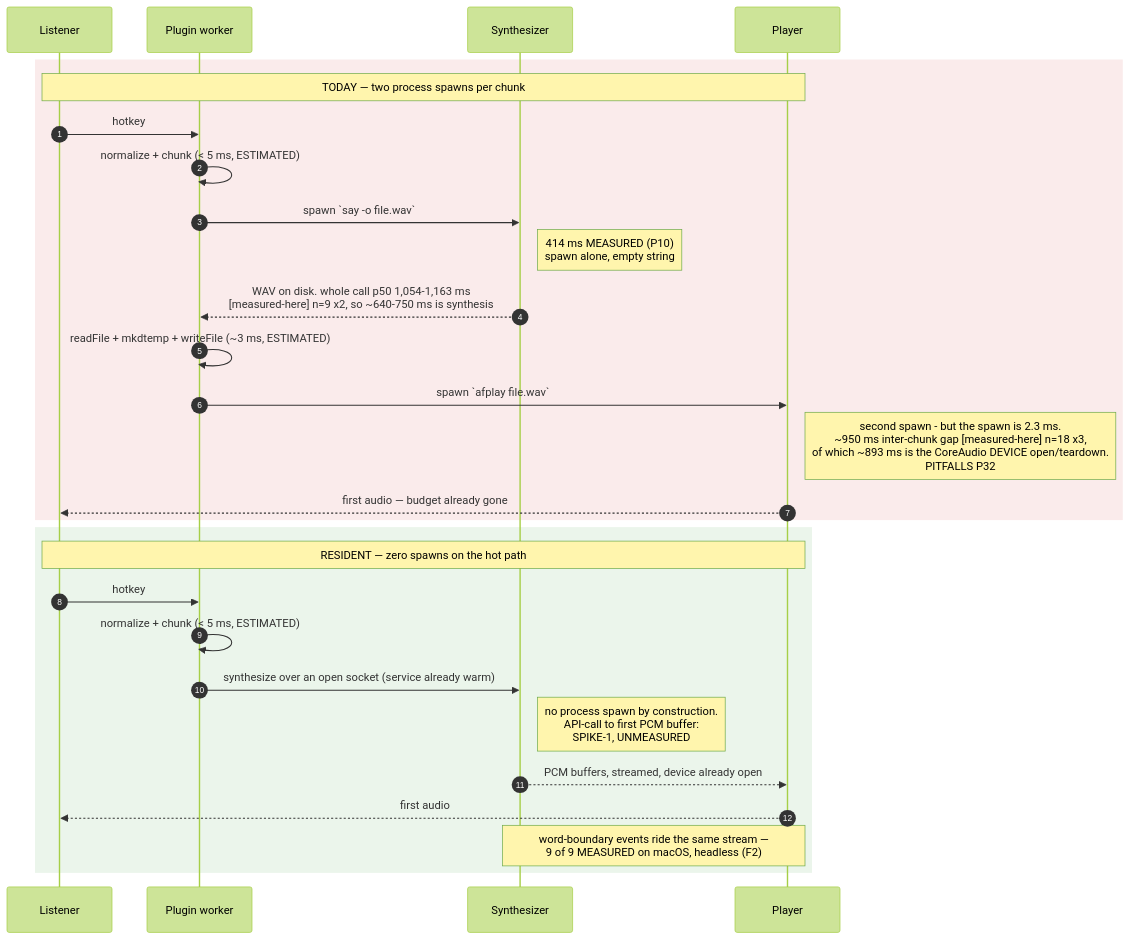
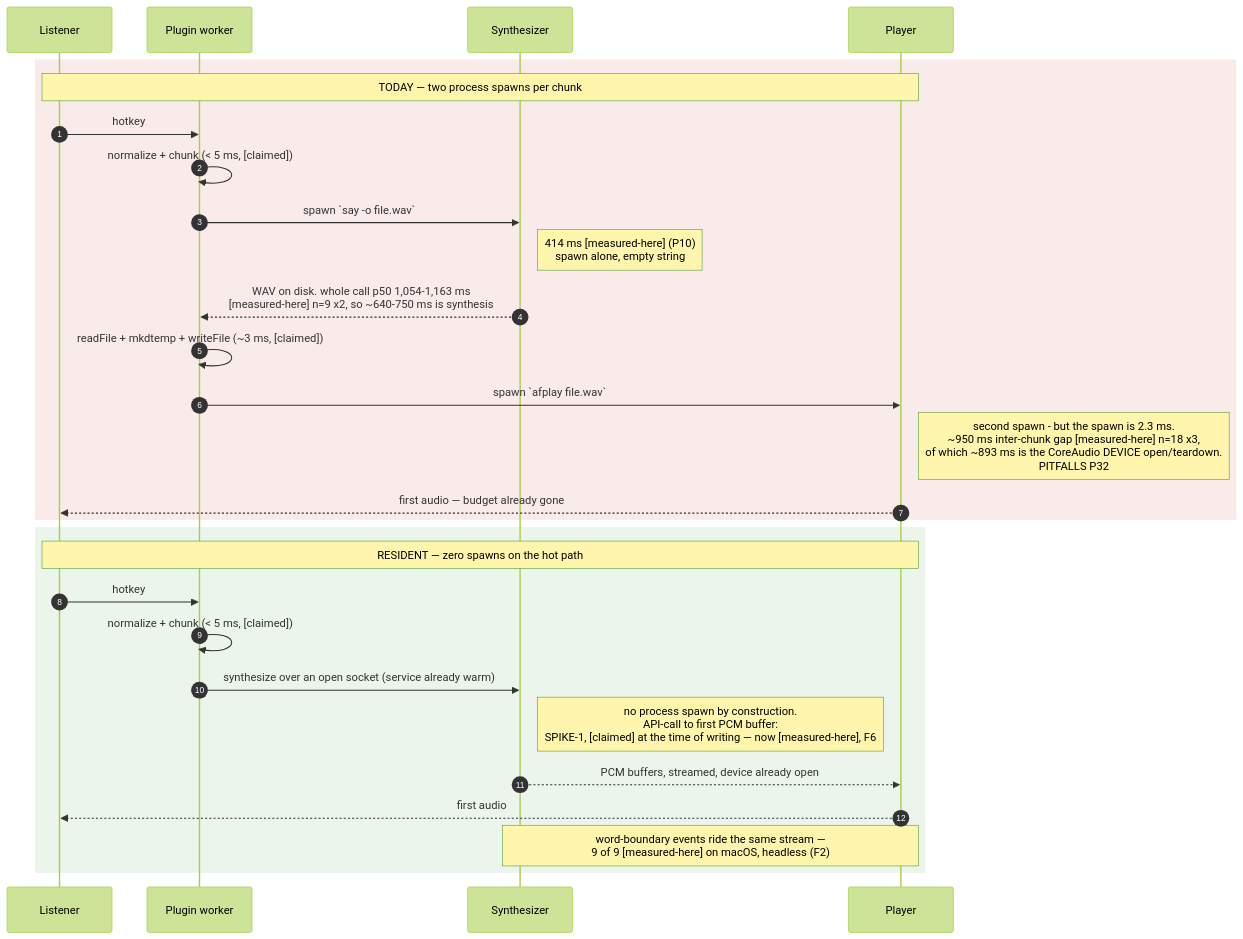
The second of 2 diagrams in docs/design/010-provider-seam-and-resident-service.md (YoraiLevi/2026-08-orca-plugin-tts-archived), drawn with Mermaid (forest theme) before and after one commit. The commit also changed other lines of this file and 4 other files, not shown here.

````diff
--- a/docs/design/010-provider-seam-and-resident-service.md
+++ b/docs/design/010-provider-seam-and-resident-service.md
@@ -746,32 +769,32 @@
 ```mermaid
 sequenceDiagram
     autonumber
     participant U as Listener
     participant W as Plugin worker
     participant S as Synthesizer
     participant P as Player
 
     rect rgb(250, 235, 235)
     note over U,P: TODAY — two process spawns per chunk
     U->>W: hotkey
-    W->>W: normalize + chunk  (< 5 ms, ESTIMATED)
+    W->>W: normalize + chunk  (< 5 ms, [claimed])
     W->>S: spawn `say -o file.wav`
-    note right of S: 414 ms MEASURED (P10)<br/>spawn alone, empty string
+    note right of S: 414 ms [measured-here] (P10)<br/>spawn alone, empty string
     S-->>W: WAV on disk. whole call p50 1,054-1,163 ms<br/>[measured-here] n=9 x2, so ~640-750 ms is synthesis
-    W->>W: readFile + mkdtemp + writeFile (~3 ms, ESTIMATED)
+    W->>W: readFile + mkdtemp + writeFile (~3 ms, [claimed])
     W->>P: spawn `afplay file.wav`
     note right of P: second spawn - but the spawn is 2.3 ms.<br/>~950 ms inter-chunk gap [measured-here] n=18 x3,<br/>of which ~893 ms is the CoreAudio DEVICE open/teardown.<br/>PITFALLS P32
     P-->>U: first audio — budget already gone
     end
 
     rect rgb(235, 245, 235)
     note over U,P: RESIDENT — zero spawns on the hot path
     U->>W: hotkey
-    W->>W: normalize + chunk  (< 5 ms, ESTIMATED)
+    W->>W: normalize + chunk  (< 5 ms, [claimed])
     W->>S: synthesize over an open socket (service already warm)
-    note right of S: no process spawn by construction.<br/>API-call to first PCM buffer:<br/>SPIKE-1, UNMEASURED
+    note right of S: no process spawn by construction.<br/>API-call to first PCM buffer:<br/>SPIKE-1, [claimed] at the time of writing — now [measured-here], F6
     S-->>P: PCM buffers, streamed, device already open
     P-->>U: first audio
-    note over S,P: word-boundary events ride the same stream —<br/>9 of 9 MEASURED on macOS, headless (F2)
+    note over S,P: word-boundary events ride the same stream —<br/>9 of 9 [measured-here] on macOS, headless (F2)
     end
 ```
````
